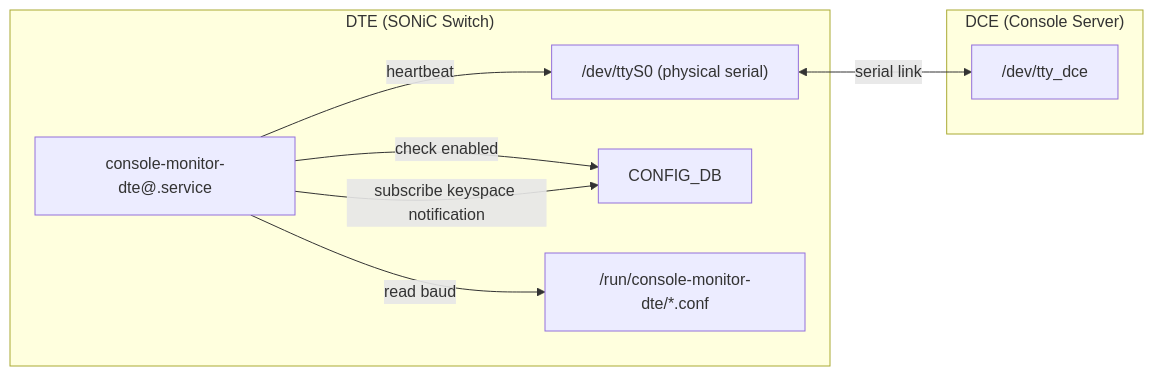
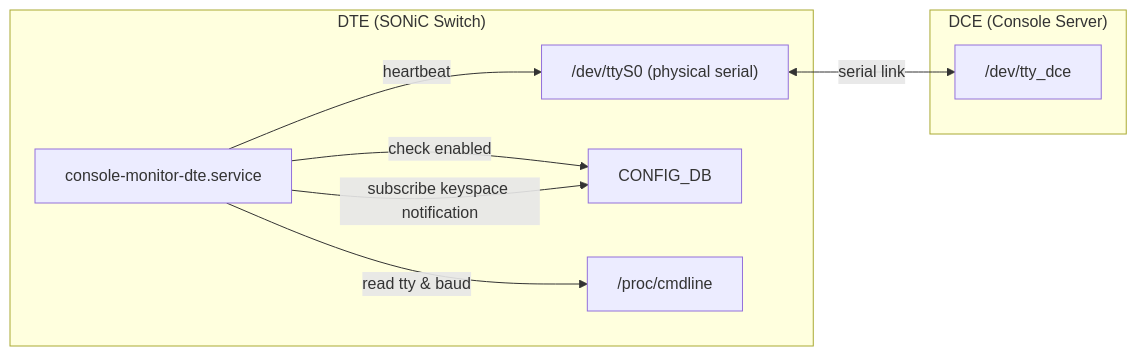
The second of 3 diagrams in docs/Console-Monitor-HLD-CN.md (wiperi/consoled), drawn with Mermaid before and after one commit. The commit also changed other lines of this file and 1 other file, not shown here.

````diff
--- a/docs/Console-Monitor-HLD-CN.md
+++ b/docs/Console-Monitor-HLD-CN.md
@@ -402,22 +377,22 @@
 ```mermaid
 flowchart LR
   subgraph DTE["DTE (SONiC Switch)"]
-    dte_service["console-monitor-dte@.service"]
+    dte_service["console-monitor-dte.service"]
     TTY_DTE["/dev/ttyS0 (physical serial)"]
     config_db["CONFIG_DB"]
-    conf_file["/run/console-monitor-dte/*.conf"]
+    cmdline["/proc/cmdline"]
   end
 
   subgraph DCE["DCE (Console Server)"]
     TTY_DCE["/dev/tty_dce"]
   end
 
   %% DTE side: service sends heartbeat directly to serial
-  dte_service -- read baud --> conf_file
+  dte_service -- read tty & baud --> cmdline
   dte_service -- check enabled --> config_db
   dte_service -- subscribe keyspace notification --> config_db
   dte_service -- heartbeat --> TTY_DTE
 
   %% physical link
   TTY_DTE <-- serial link --> TTY_DCE
 ```
````
